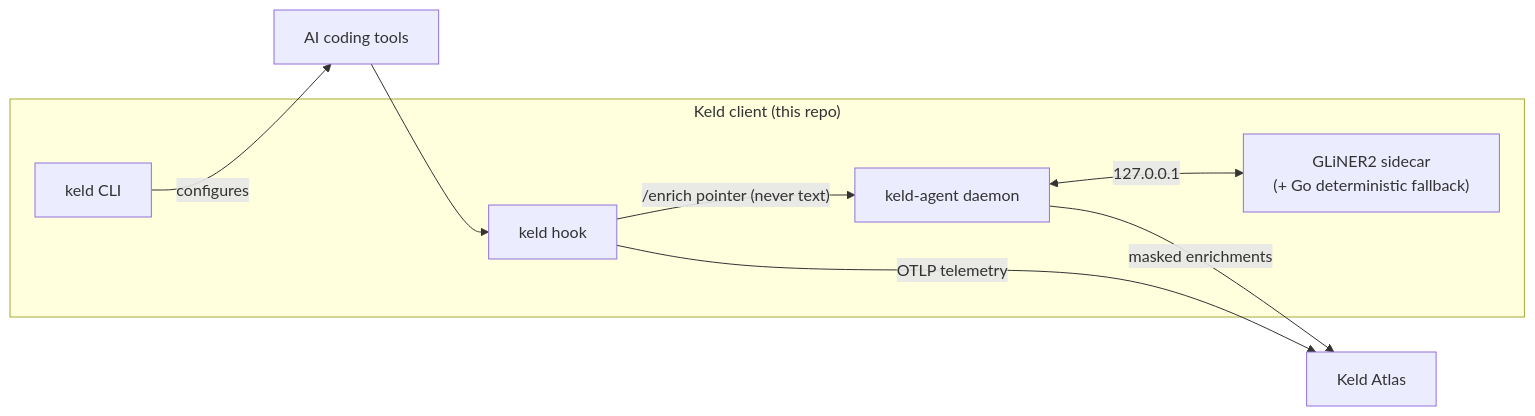
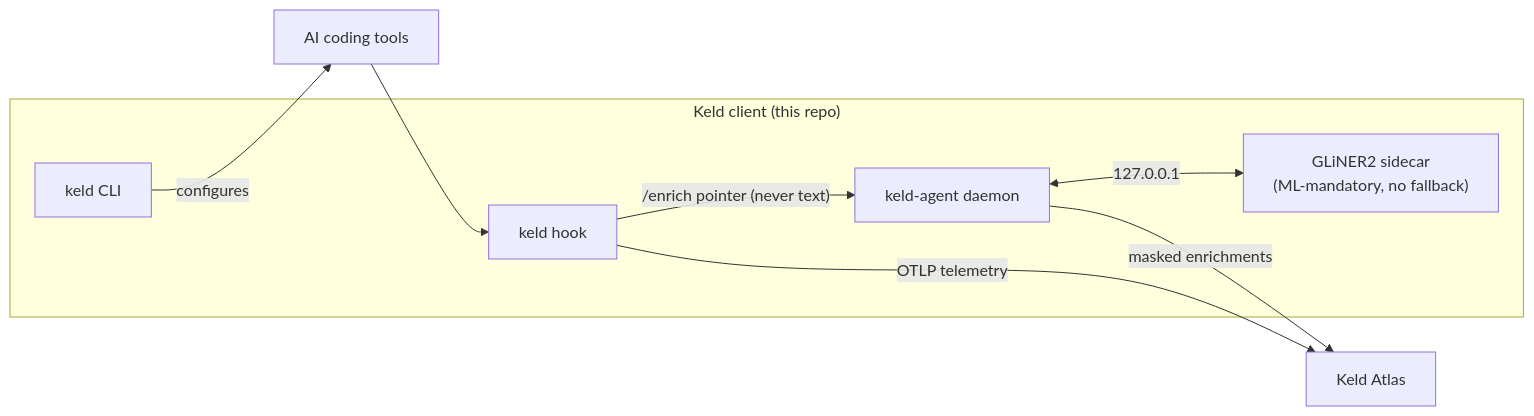
One commit to ncx-ai/keld-signal changed the diagram in AGENTS.md. Above: the diagram before and after it, drawn with Mermaid. The commit also changed other lines of this file and 4 other files, not shown here.

````diff
--- a/AGENTS.md
+++ b/AGENTS.md
@@ -18,17 +18,17 @@
 ```mermaid
 flowchart LR
   Tools["AI coding tools"]
   subgraph Client["Keld client (this repo)"]
     CLI["keld CLI"]
     Hook["keld hook"]
     Agent["keld-agent daemon"]
-    Sidecar["GLiNER2 sidecar<br/>(+ Go deterministic fallback)"]
+    Sidecar["GLiNER2 sidecar<br/>(ML-mandatory, no fallback)"]
   end
   Atlas["Keld Atlas"]
   CLI -->|configures| Tools
   Tools --> Hook
   Hook -->|OTLP telemetry| Atlas
   Hook -->|"/enrich pointer (never text)"| Agent
   Agent <-->|127.0.0.1| Sidecar
   Agent -->|masked enrichments| Atlas
 ```
````
